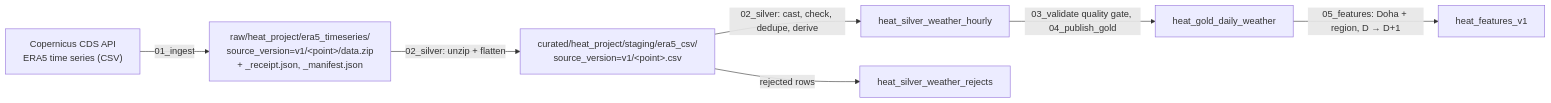
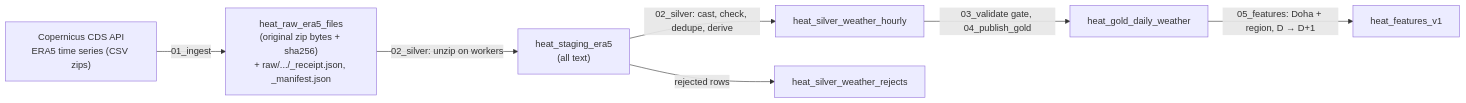
One commit to amalhaji/dsai3202-heat-stress-project changed the diagram in docs/catalog_and_lineage.md. Above: the diagram before and after it, drawn with Mermaid. The commit also changed other lines of this file and 3 other files, not shown here.

````diff
--- a/docs/catalog_and_lineage.md
+++ b/docs/catalog_and_lineage.md
@@ -9,9 +9,9 @@
 ```mermaid
 flowchart LR
-  A["Copernicus CDS API<br/>ERA5 time series (CSV)"] -->|01_ingest| B["raw/heat_project/era5_timeseries/<br/>source_version=v1/&lt;point&gt;/data.zip<br/>+ _receipt.json, _manifest.json"]
-  B -->|02_silver: unzip + flatten| C["curated/heat_project/staging/era5_csv/<br/>source_version=v1/&lt;point&gt;.csv"]
+  A["Copernicus CDS API<br/>ERA5 time series (CSV zips)"] -->|01_ingest| B["heat_raw_era5_files<br/>(original zip bytes + sha256)<br/>+ raw/.../_receipt.json, _manifest.json"]
+  B -->|02_silver: unzip on workers| C["heat_staging_era5<br/>(all text)"]
   C -->|02_silver: cast, check, dedupe, derive| D["heat_silver_weather_hourly"]
   C -->|rejected rows| E["heat_silver_weather_rejects"]
-  D -->|03_validate quality gate, 04_publish_gold| F["heat_gold_daily_weather"]
+  D -->|03_validate gate, 04_publish_gold| F["heat_gold_daily_weather"]
   F -->|05_features: Doha + region, D → D+1| G["heat_features_v1"]
 ```
````
